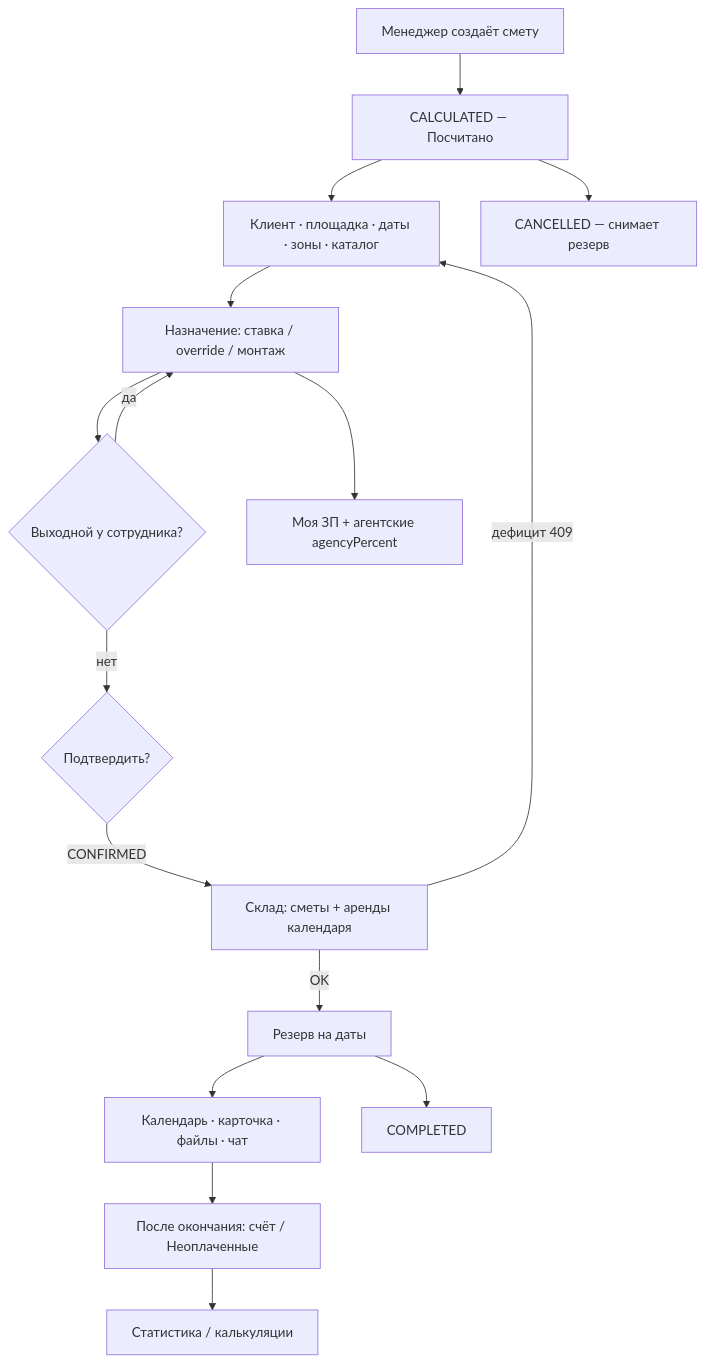
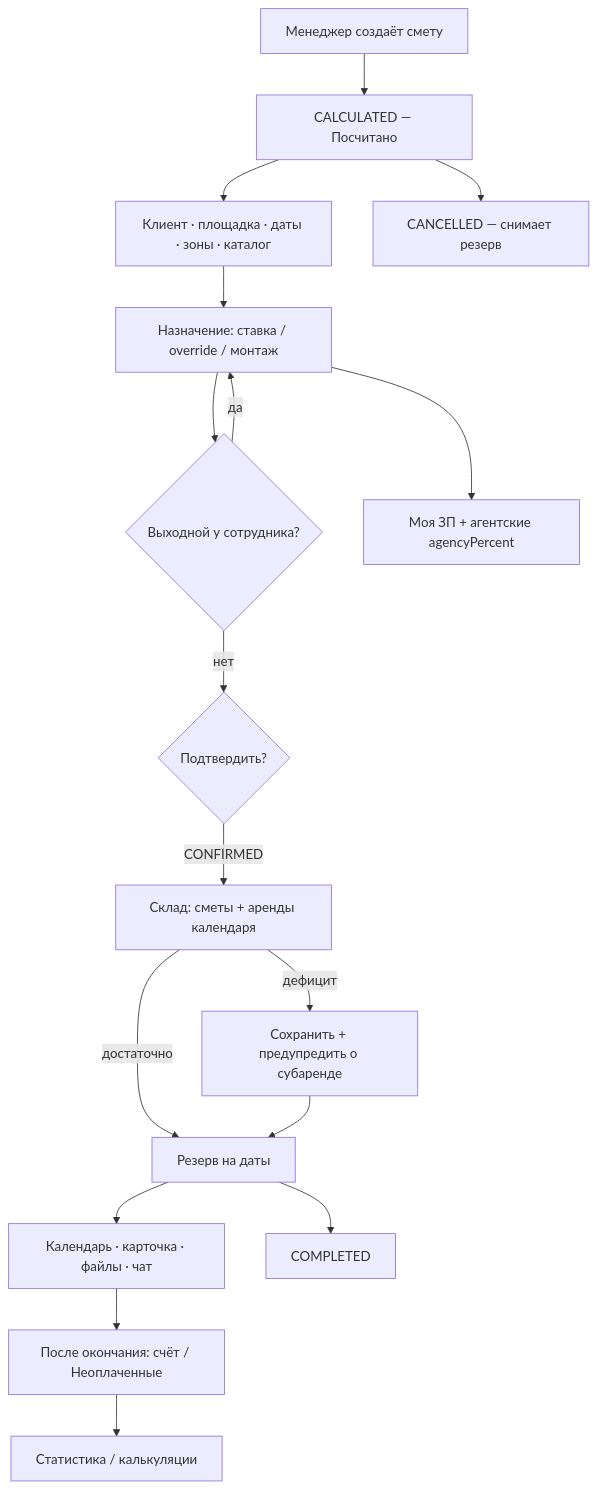
The first of 2 diagrams in README.md (Strelka38/CRM_Project), drawn with Mermaid before and after one commit. The commit also changed other lines of this file and 211 other files, not shown here.

````diff
--- a/README.md
+++ b/README.md
@@ -235,18 +315,19 @@
 ```mermaid
 flowchart TD
   A[Менеджер создаёт смету] --> B[CALCULATED — Посчитано]
   B --> C[Клиент · площадка · даты · зоны · каталог]
   C --> D[Назначение: ставка / override / монтаж]
   D --> D1{Выходной у сотрудника?}
   D1 -->|да| D
   D1 -->|нет| E{Подтвердить?}
   E -->|CONFIRMED| F[Склад: сметы + аренды календаря]
-  F -->|дефицит 409| C
-  F -->|OK| G[Резерв на даты]
+  F -->|дефицит| F1[Сохранить + предупредить о субаренде]
+  F -->|достаточно| G[Резерв на даты]
+  F1 --> G
   G --> H[Календарь · карточка · файлы · чат]
   H --> I[После окончания: счёт / Неоплаченные]
   G --> L[COMPLETED]
   B --> M[CANCELLED — снимает резерв]
   D --> N[Моя ЗП + агентские agencyPercent]
   I --> O[Статистика / калькуляции]
 ```
````
